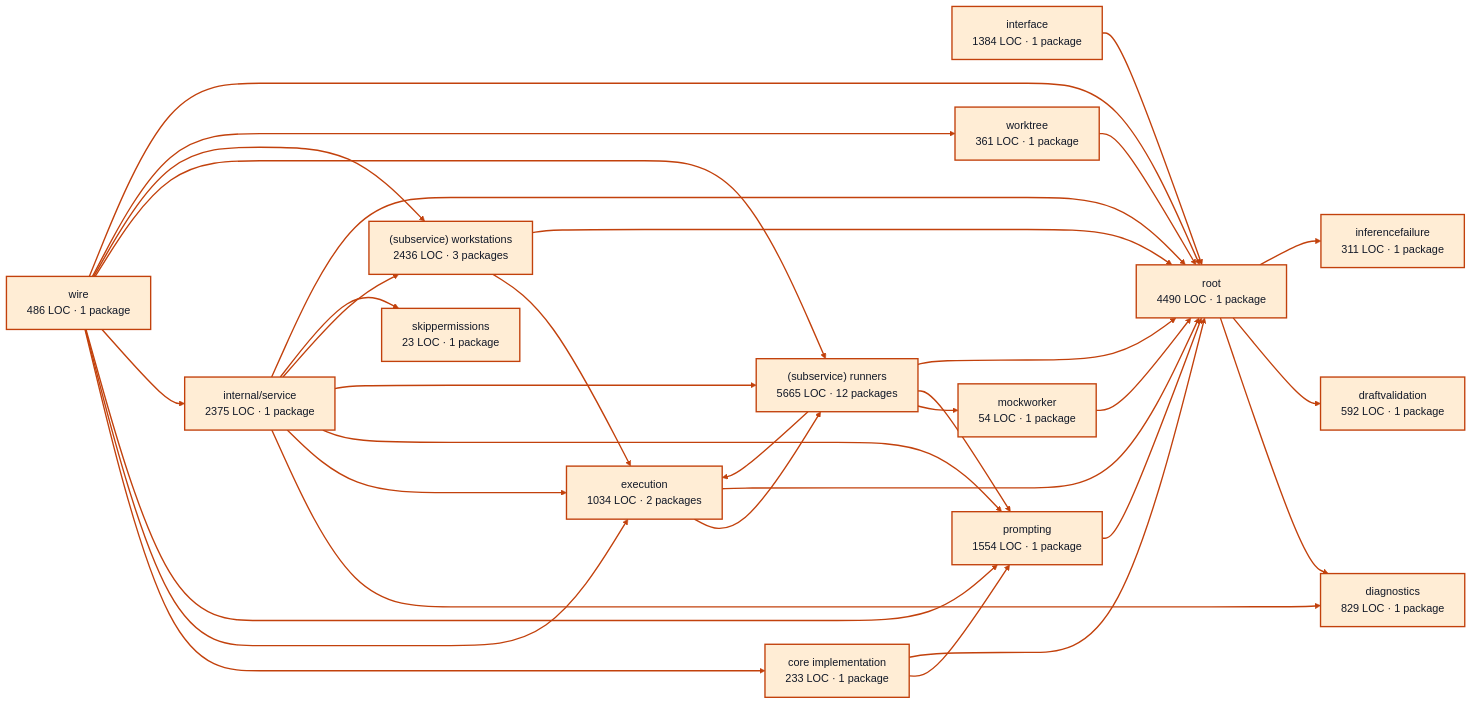
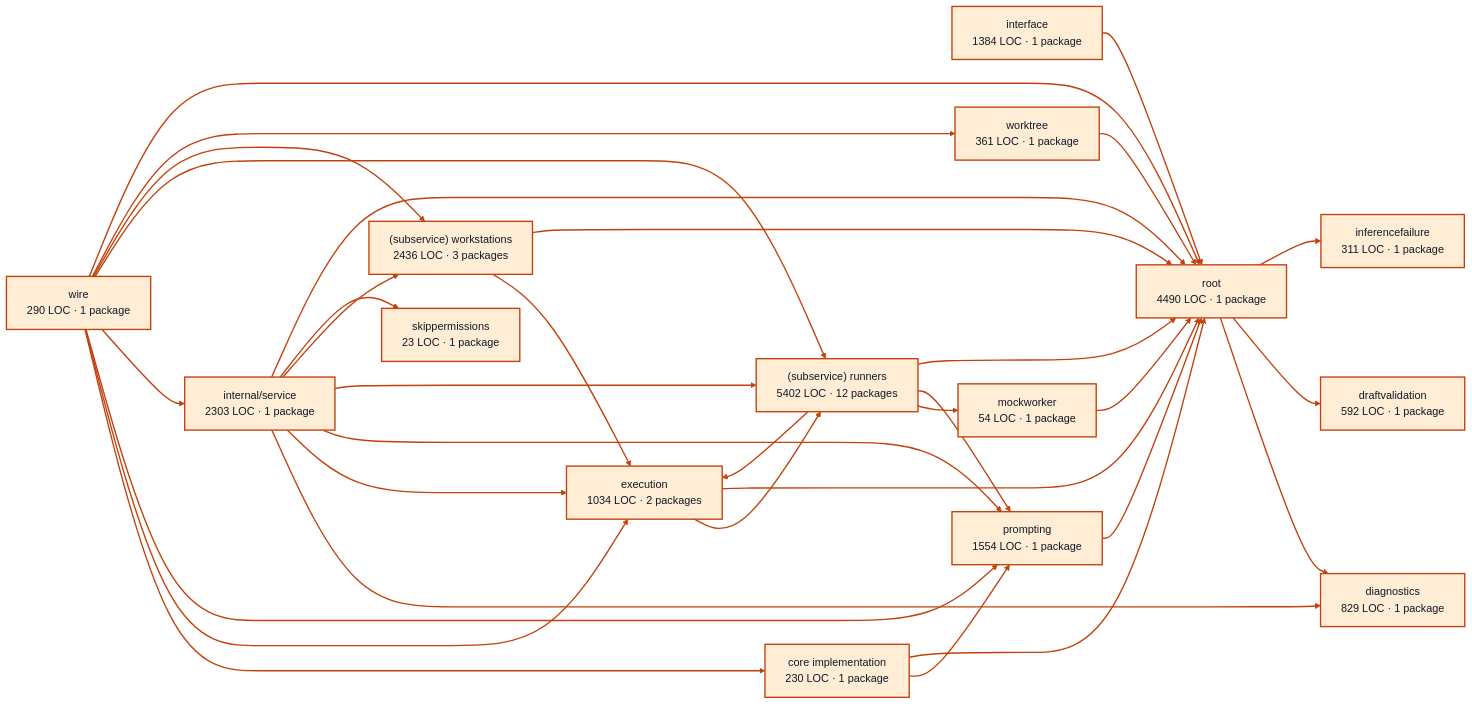
The diagram in docs/architecture/visualizations/services/workers.md (portpowered/you-agent-factory), drawn with Mermaid before and after one commit. The commit also changed other lines of this file and 20 other files, not shown here.

Commit message:
docs: refresh backend architecture visualizations

````diff
--- a/docs/architecture/visualizations/services/workers.md
+++ b/docs/architecture/visualizations/services/workers.md
@@ -11,66 +11,66 @@
 ```mermaid
 flowchart LR
-  p0["core implementation<br/>233 LOC · 1 package"]
+  p0["core implementation<br/>230 LOC · 1 package"]
   p1["diagnostics<br/>829 LOC · 1 package"]
   p2["draftvalidation<br/>592 LOC · 1 package"]
   p3["execution<br/>1034 LOC · 2 packages"]
   p4["inferencefailure<br/>311 LOC · 1 package"]
   p5["interface<br/>1384 LOC · 1 package"]
   p6["mockworker<br/>54 LOC · 1 package"]
   p7["prompting<br/>1554 LOC · 1 package"]
-  p8["internal/service<br/>2375 LOC · 1 package"]
-  p9["(subservice) runners<br/>5665 LOC · 12 packages"]
+  p8["internal/service<br/>2303 LOC · 1 package"]
+  p9["(subservice) runners<br/>5402 LOC · 12 packages"]
   p10["(subservice) workstations<br/>2436 LOC · 3 packages"]
   p11["skippermissions<br/>23 LOC · 1 package"]
   p12["worktree<br/>361 LOC · 1 package"]
   p13["root<br/>4490 LOC · 1 package"]
-  p14["wire<br/>486 LOC · 1 package"]
+  p14["wire<br/>290 LOC · 1 package"]
   p0 --> p7
   p0 --> p13
   p3 --> p9
   p3 --> p13
   p5 --> p13
   p6 --> p13
   p7 --> p13
   p8 --> p1
   p8 --> p3
   p8 --> p7
   p8 --> p9
   p8 --> p10
   p8 --> p11
   p8 --> p13
   p9 --> p3
   p9 --> p6
   p9 --> p7
   p9 --> p13
   p10 --> p3
   p10 --> p13
   p12 --> p13
   p13 --> p1
   p13 --> p2
   p13 --> p4
   p14 --> p0
   p14 --> p3
   p14 --> p7
   p14 --> p8
   p14 --> p9
   p14 --> p10
   p14 --> p12
   p14 --> p13
   style p0 fill:#ffedd5,stroke:#c2410c,stroke-width:2px,color:#111827
   style p1 fill:#ffedd5,stroke:#c2410c,stroke-width:2px,color:#111827
   style p2 fill:#ffedd5,stroke:#c2410c,stroke-width:2px,color:#111827
   style p3 fill:#ffedd5,stroke:#c2410c,stroke-width:2px,color:#111827
   style p4 fill:#ffedd5,stroke:#c2410c,stroke-width:2px,color:#111827
   style p5 fill:#ffedd5,stroke:#c2410c,stroke-width:2px,color:#111827
   style p6 fill:#ffedd5,stroke:#c2410c,stroke-width:2px,color:#111827
   style p7 fill:#ffedd5,stroke:#c2410c,stroke-width:2px,color:#111827
   style p8 fill:#ffedd5,stroke:#c2410c,stroke-width:2px,color:#111827
   style p9 fill:#ffedd5,stroke:#c2410c,stroke-width:2px,color:#111827
   style p10 fill:#ffedd5,stroke:#c2410c,stroke-width:2px,color:#111827
   style p11 fill:#ffedd5,stroke:#c2410c,stroke-width:2px,color:#111827
   style p12 fill:#ffedd5,stroke:#c2410c,stroke-width:2px,color:#111827
   style p13 fill:#ffedd5,stroke:#c2410c,stroke-width:2px,color:#111827
   style p14 fill:#ffedd5,stroke:#c2410c,stroke-width:2px,color:#111827
   linkStyle default stroke:#c2410c,stroke-width:2px
 ```
````
